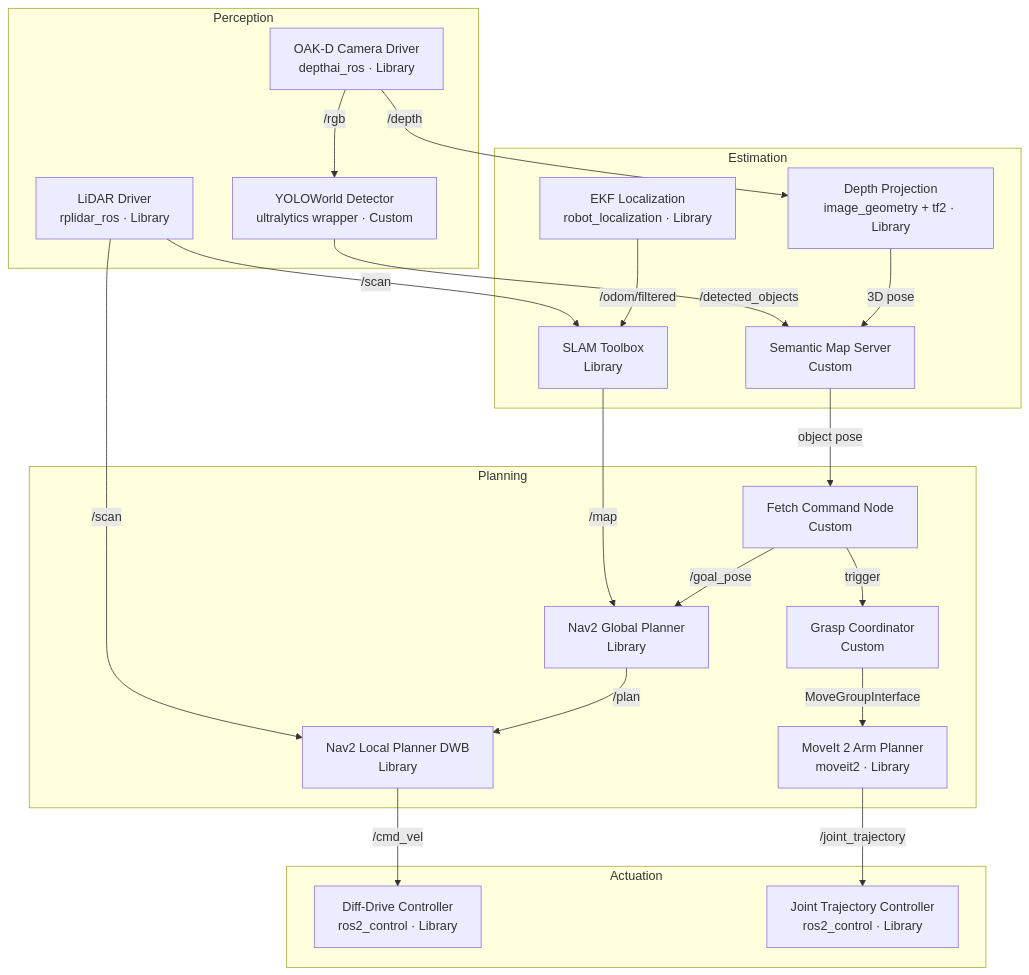
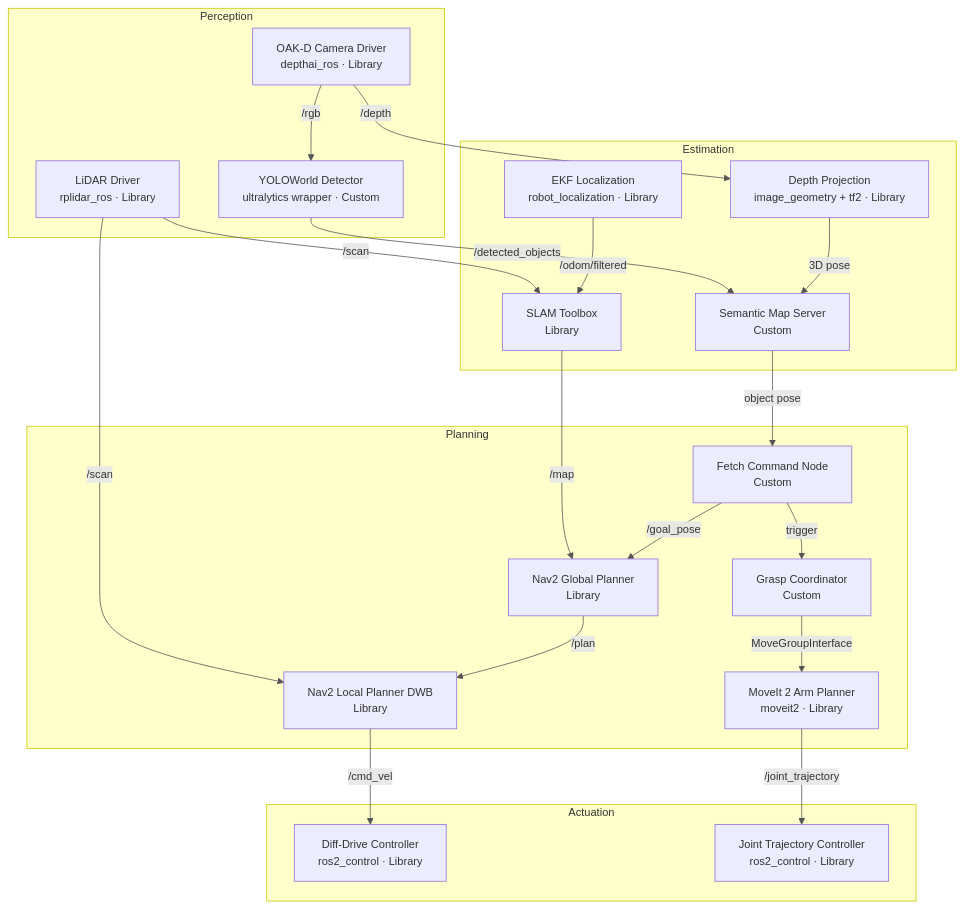
Before and after one commit to suyash-asu/semantic_fetch_robot: the diagram in milestone1.md, drawn with Mermaid. The commit also changed other lines of this file, not shown here.

````diff
--- a/milestone1.md
+++ b/milestone1.md
@@ -188,44 +305,41 @@
 ```mermaid
+%%{init: {'theme': 'default', 'themeVariables': {'primaryColor': '#c8c8f0', 'primaryTextColor': '#000', 'primaryBorderColor': '#9090cc', 'lineColor': '#555', 'clusterBkg': '#ffffcc', 'clusterBorder': '#cccc00', 'fontSize': '14px', 'fontFamily': 'monospace'}}}%%
 flowchart TD
     subgraph PERCEPTION["Perception"]
         P1["LiDAR Driver\nrplidar_ros · Library"]
         P2["OAK-D Camera Driver\ndepthai_ros · Library"]
         P3["YOLOWorld Detector\nultralytics wrapper · Custom"]
     end
-
     subgraph ESTIMATION["Estimation"]
         E1["SLAM Toolbox\nLibrary"]
         E2["EKF Localization\nrobot_localization · Library"]
         E3["Semantic Map Server\nCustom"]
         E4["Depth Projection\nimage_geometry + tf2 · Library"]
     end
-
     subgraph PLANNING["Planning"]
         PL1["Nav2 Global Planner\nLibrary"]
         PL2["Nav2 Local Planner DWB\nLibrary"]
         PL3["Fetch Command Node\nCustom"]
         PL4["MoveIt 2 Arm Planner\nmoveit2 · Library"]
         PL5["Grasp Coordinator\nCustom"]
     end
-
     subgraph ACTUATION["Actuation"]
         A1["Diff-Drive Controller\nros2_control · Library"]
         A2["Joint Trajectory Controller\nros2_control · Library"]
     end
-
     P1 -->|/scan| E1
     P1 -->|/scan| PL2
     P2 -->|/rgb| P3
     P2 -->|/depth| E4
     P3 -->|/detected_objects| E3
     E4 -->|3D pose| E3
     E2 -->|/odom/filtered| E1
     E1 -->|/map| PL1
     E3 -->|object pose| PL3
     PL3 -->|/goal_pose| PL1
     PL3 -->|trigger| PL5
     PL1 -->|/plan| PL2
     PL2 -->|/cmd_vel| A1
     PL5 -->|MoveGroupInterface| PL4
     PL4 -->|/joint_trajectory| A2
 ```
````
